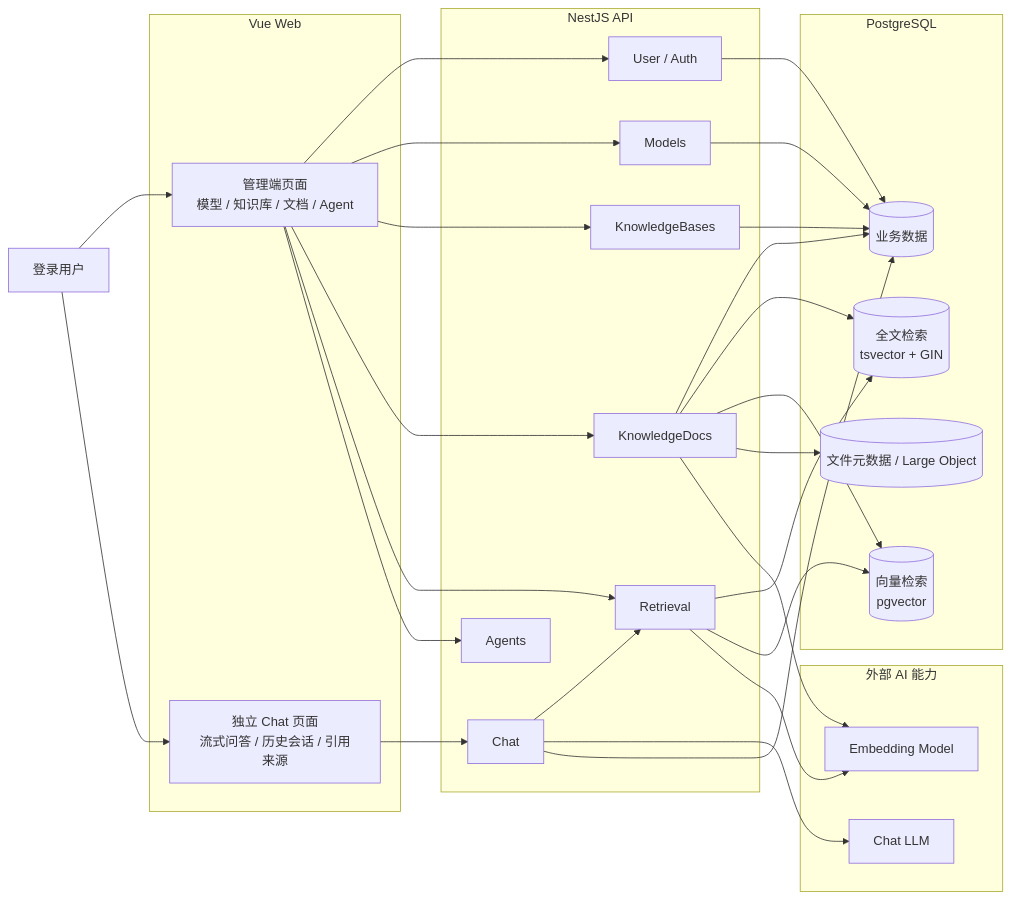
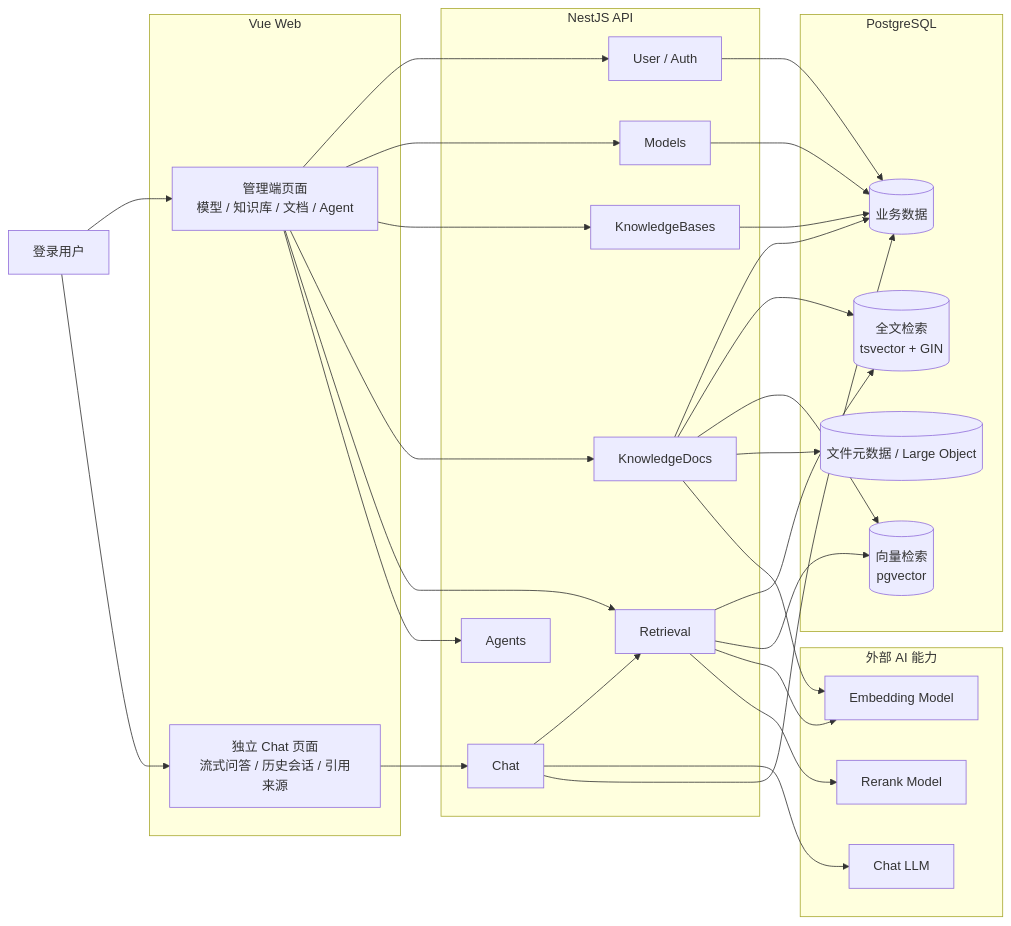
The first of 2 diagrams in README.md (UserKei/Zeta), drawn with Mermaid before and after one commit. The commit also changed other lines of this file, not shown here.

Commit message:
docs: update rerank and ui status

````diff
--- a/README.md
+++ b/README.md
@@ -48,60 +49,62 @@
 ```mermaid
 flowchart LR
     user[登录用户]
 
     subgraph web[Vue Web]
         admin[管理端页面<br/>模型 / 知识库 / 文档 / Agent]
         chat[独立 Chat 页面<br/>流式问答 / 历史会话 / 引用来源]
     end
 
     subgraph api[NestJS API]
         auth[User / Auth]
         model[Models]
         kb[KnowledgeBases]
         docs[KnowledgeDocs]
         retrieval[Retrieval]
         agent[Agents]
         chatSvc[Chat]
     end
 
     subgraph pg[PostgreSQL]
         data[(业务数据)]
         fts[(全文检索<br/>tsvector + GIN)]
         vector[(向量检索<br/>pgvector)]
         files[(文件元数据 / Large Object)]
     end
 
     subgraph ai[外部 AI 能力]
         embedding[Embedding Model]
+        rerank[Rerank Model]
         llm[Chat LLM]
     end
 
     user --> admin
     user --> chat
 
     admin --> auth
     admin --> model
     admin --> kb
     admin --> docs
     admin --> retrieval
     admin --> agent
 
     chat --> chatSvc
 
     auth --> data
     model --> data
     kb --> data
     docs --> data
     docs --> fts
     docs --> vector
     docs --> files
     docs --> embedding
 
     retrieval --> fts
     retrieval --> vector
     retrieval --> embedding
+    retrieval --> rerank
 
     chatSvc --> retrieval
     chatSvc --> llm
     chatSvc --> data
 ```
````
